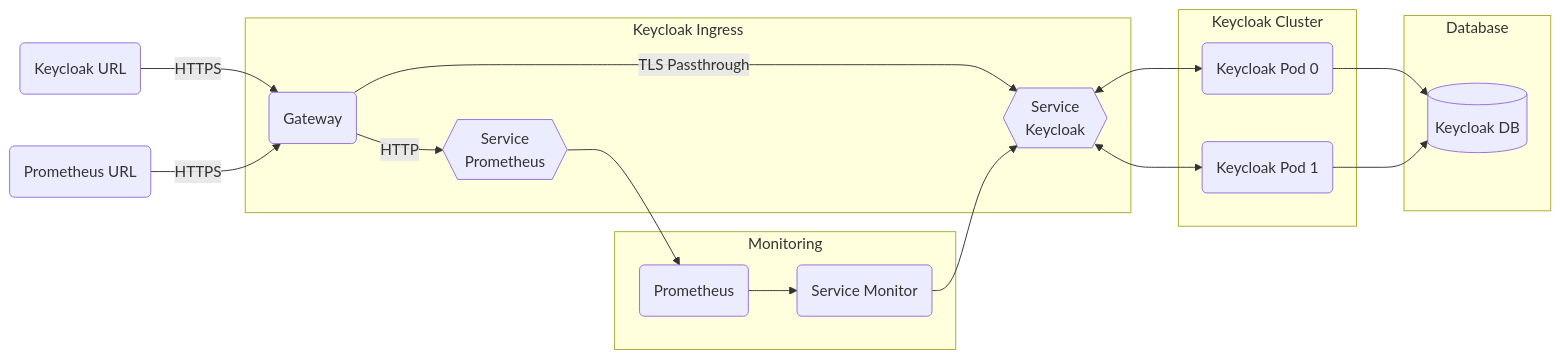
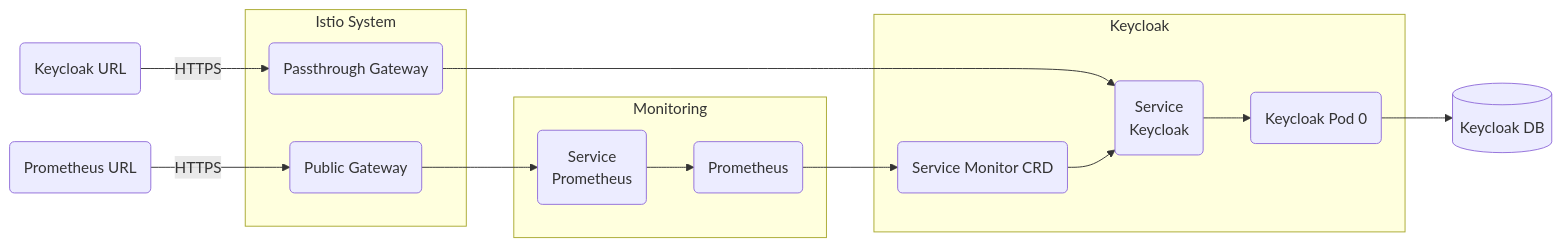
The diagram in docs/understanding-bigbang/package-architecture/keycloak.md (DoD-Platform-One/bigbang), drawn with Mermaid before and after one commit. The commit also changed other lines of this file, not shown here.

Commit message:
Refresh Keycloak Architecture Docs

````diff
--- a/docs/understanding-bigbang/package-architecture/keycloak.md
+++ b/docs/understanding-bigbang/package-architecture/keycloak.md
@@ -9,27 +9,22 @@
 ```mermaid
 graph LR
+    urlkc(Keycloak URL) -->|HTTPS| pg
+    urlpr(Prometheus URL) -->|HTTPS| ig
 
-  urlkc(Keycloak URL) -->|HTTPS| ig
-  urlpr(Prometheus URL) -->|HTTPS| ig
+    subgraph "Istio System"
+        ig(Public Gateway)
+        pg(Passthrough Gateway)
+    end
 
-  subgraph "Keycloak Ingress"
-    ig(Gateway) -->|TLS Passthrough| servkc{{"Service<BR>Keycloak"}}
-    ig(Gateway) -->|HTTP| servpr{{"Service<BR>Prometheus"}}
-  end
+    subgraph "Monitoring"
+        ig --> servpr("Service<BR>Prometheus") --> prom
+        prom(Prometheus)
+    end
 
-  subgraph "Monitoring"
-    servpr --> prom(Prometheus)
-    prom(Prometheus) --> monitor
-    monitor(Service Monitor) --> servkc
-  end
+    subgraph "Keycloak"
+        pg --> servkc("Service<BR>Keycloak") --> pod0("Keycloak Pod 0")
+        prom --> monitor(Service Monitor CRD) --> servkc
+    end
 
-  subgraph "Keycloak Cluster"
-    servkc <--> pod0("Keycloak Pod 0")
-    servkc <--> pod1("Keycloak Pod 1")
-  end
-
-  subgraph "Database"
-    pod0 --> db[(Keycloak DB)]
-    pod1 --> db[(Keycloak DB)]
-  end
+    pod0("Keycloak Pod 0") --> db[(Keycloak DB)]
 ```
````
